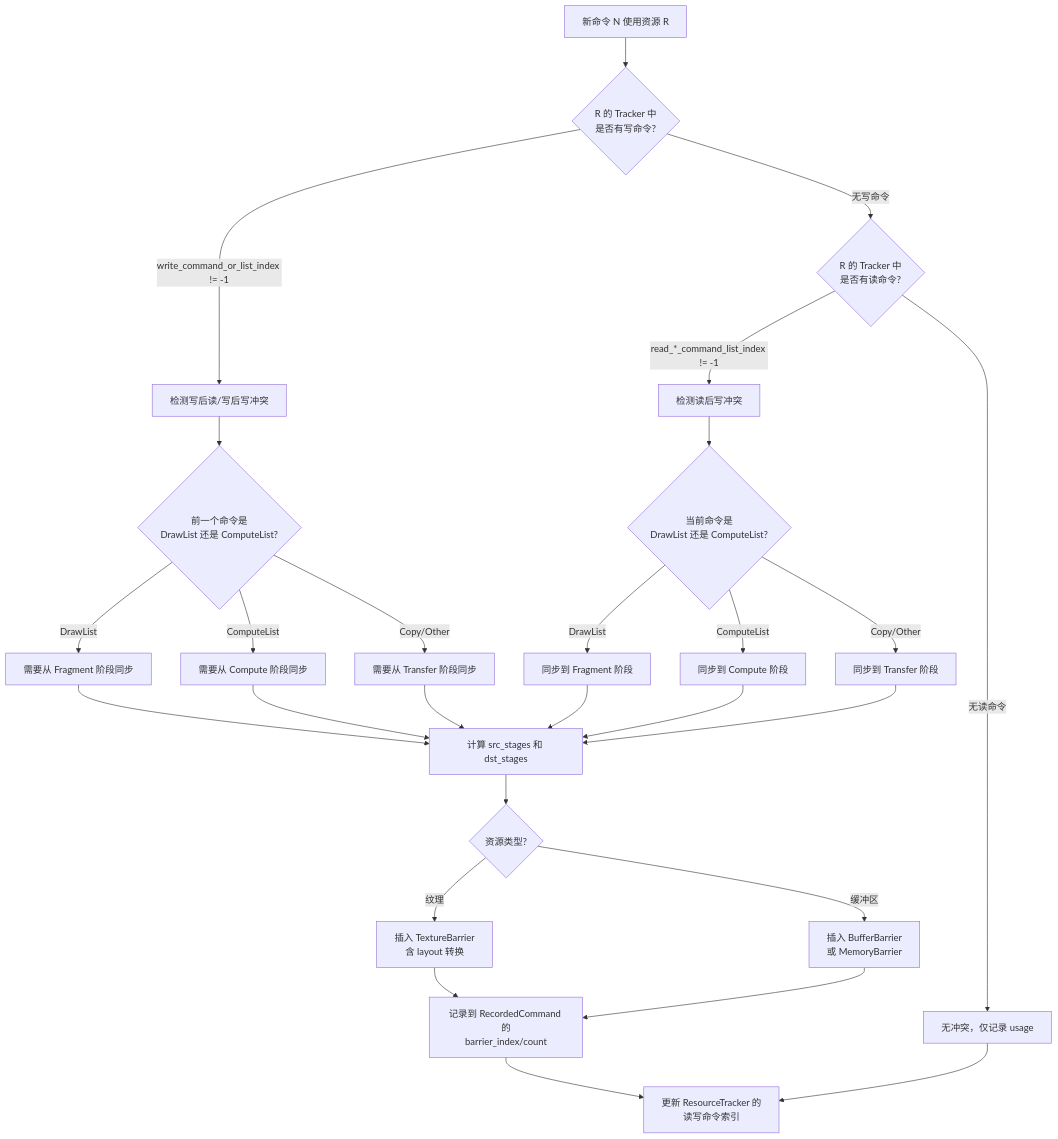
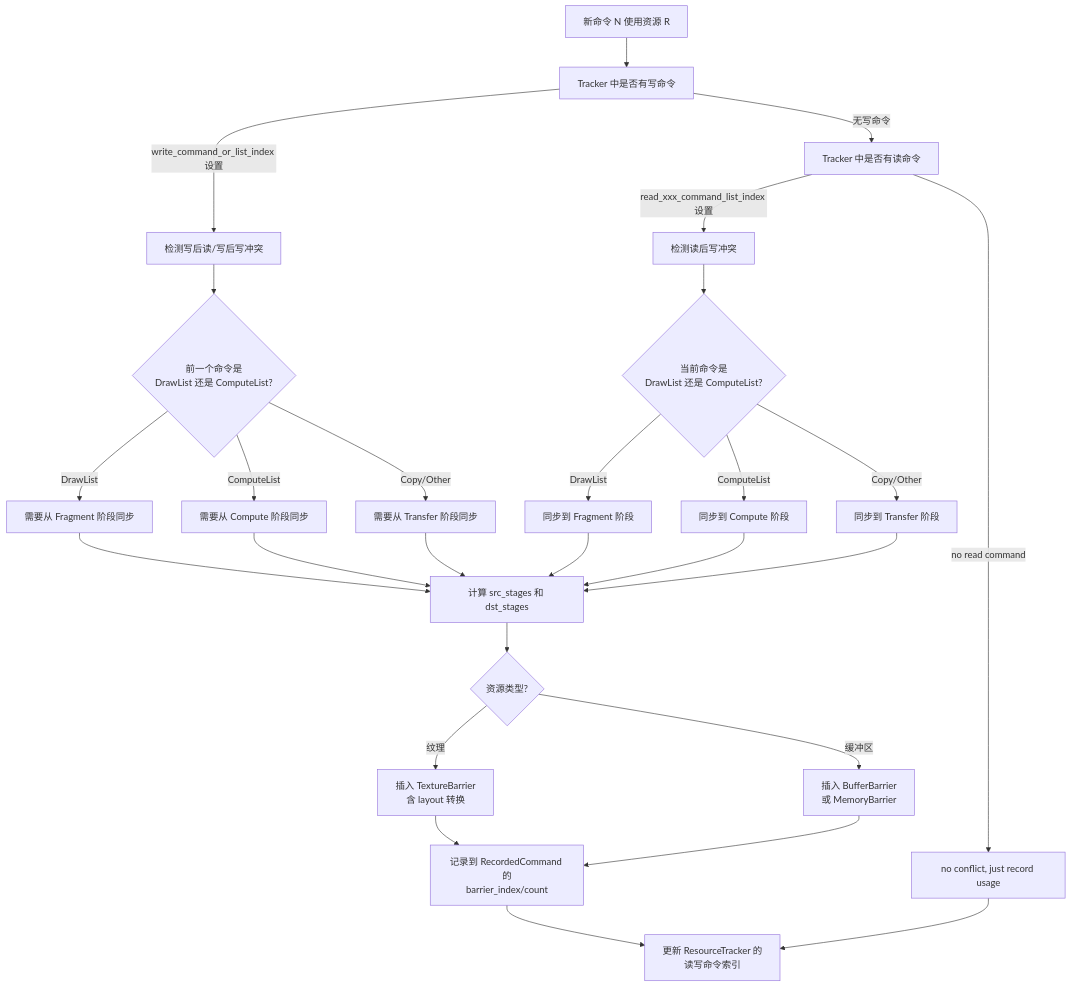
One commit to alonecat06/godot changed the sixth of 27 diagrams in sourcecode_analysis/rendering_resource_graph_analysis.md. Above: the diagram before and after it, drawn with Mermaid. The commit also changed other lines of this file and 1 other file, not shown here.

````diff
--- a/sourcecode_analysis/rendering_resource_graph_analysis.md
+++ b/sourcecode_analysis/rendering_resource_graph_analysis.md
@@ -931,27 +931,32 @@
 ```mermaid
 flowchart TD
-    A[新命令 N 使用资源 R] --> B{R 的 Tracker 中<br>是否有写命令?}
-    B -->|write_command_or_list_index != -1| C[检测写后读/写后写冲突]
-    B -->|无写命令| D{R 的 Tracker 中<br>是否有读命令?}
-    D -->|read_*_command_list_index != -1| E[检测读后写冲突]
-    D -->|无读命令| F[无冲突，仅记录 usage]
+    A[新命令 N 使用资源 R] --> B[Tracker 中是否有写命令]
+    B -->|write_command_or_list_index 设置| C[检测写后读/写后写冲突]
+    B -->|无写命令| D[Tracker 中是否有读命令]
+    D -->|read_xxx_command_list_index 设置| E[检测读后写冲突]
+    D -->|no read command| F[no conflict, just record usage]
 
     C --> G{前一个命令是<br>DrawList 还是 ComputeList?}
     G -->|DrawList| H[需要从 Fragment 阶段同步]
     G -->|ComputeList| I[需要从 Compute 阶段同步]
     G -->|Copy/Other| J[需要从 Transfer 阶段同步]
 
     E --> K{当前命令是<br>DrawList 还是 ComputeList?}
     K -->|DrawList| L[同步到 Fragment 阶段]
     K -->|ComputeList| M[同步到 Compute 阶段]
     K -->|Copy/Other| N[同步到 Transfer 阶段]
 
-    H & I & J & L & M & N --> O[计算 src_stages 和 dst_stages]
+    H --> O[计算 src_stages 和 dst_stages]
+    I --> O
+    J --> O
+    L --> O
+    M --> O
+    N --> O
     O --> P{资源类型?}
     P -->|纹理| Q[插入 TextureBarrier<br>含 layout 转换]
     P -->|缓冲区| R[插入 BufferBarrier<br>或 MemoryBarrier]
     Q --> S[记录到 RecordedCommand 的<br>barrier_index/count]
     R --> S
     S --> T[更新 ResourceTracker 的<br>读写命令索引]
     F --> T
 ```
````
